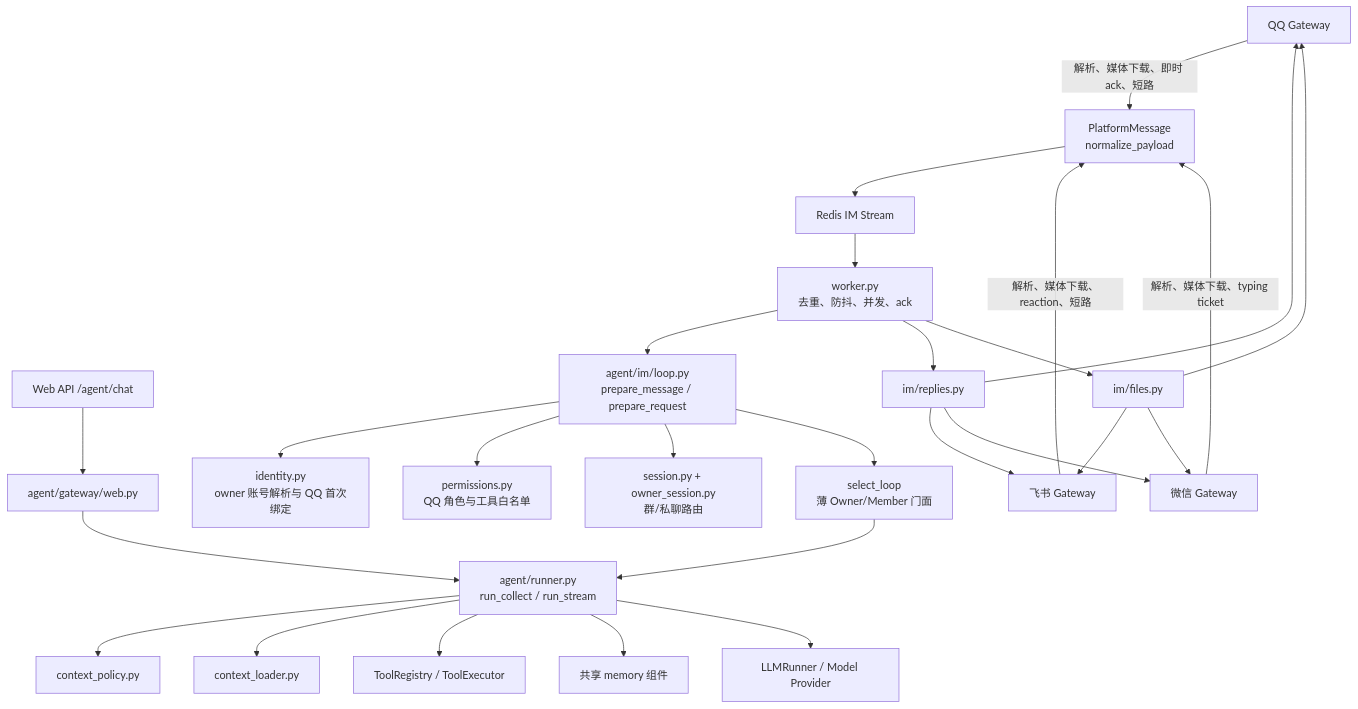
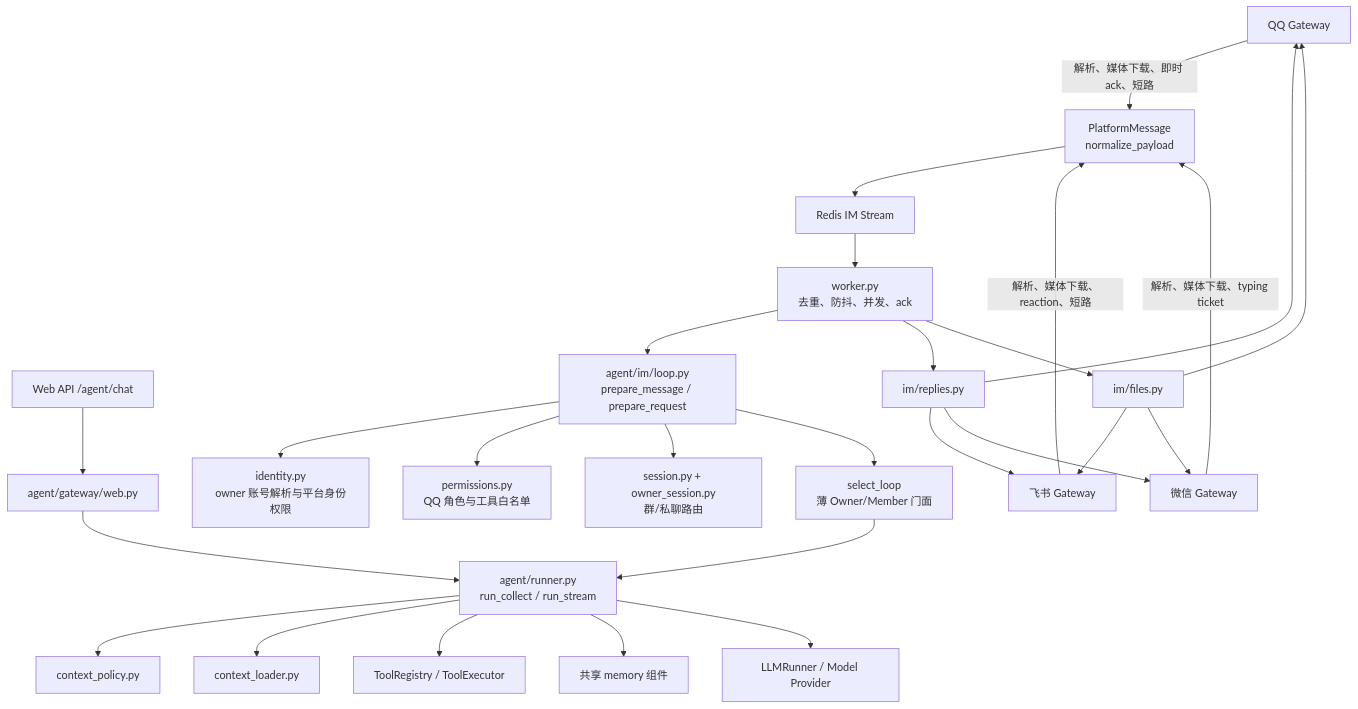
The diagram in docs/product/PRD/PRD-IM-2-im-loop与gateway解耦.md (Coffeiz/Gugu-web), drawn with Mermaid before and after one commit. The commit also changed other lines of this file and 14 other files, not shown here.

````diff
--- a/docs/product/PRD/PRD-IM-2-im-loop与gateway解耦.md
+++ b/docs/product/PRD/PRD-IM-2-im-loop与gateway解耦.md
@@ -27,33 +27,33 @@
 ```mermaid
 flowchart TD
     WEB[Web API /agent/chat] --> WEBADAPTER[agent/gateway/web.py]
     WEBADAPTER --> RUNNER[agent/runner.py\nrun_collect / run_stream]
 
     QQ[QQ Gateway] -->|解析、媒体下载、即时 ack、短路| NORMALIZE[PlatformMessage\nnormalize_payload]
     FS[飞书 Gateway] -->|解析、媒体下载、reaction、短路| NORMALIZE
     WX[微信 Gateway] -->|解析、媒体下载、typing ticket| NORMALIZE
     NORMALIZE --> REDIS[Redis IM Stream]
     REDIS --> WORKER[worker.py\n去重、防抖、并发、ack]
 
     WORKER --> PREP[agent/im/loop.py\nprepare_message / prepare_request]
-    PREP --> ID[identity.py\nowner 账号解析与 QQ 首次绑定]
+    PREP --> ID[identity.py\nowner 账号解析与平台身份权限]
     PREP --> ACCESS[permissions.py\nQQ 角色与工具白名单]
     PREP --> SESSION[session.py + owner_session.py\n群/私聊路由]
     PREP --> SELECT[select_loop\n薄 Owner/Member 门面]
     SELECT --> RUNNER
 
     RUNNER --> POLICY[context_policy.py]
     RUNNER --> LOADER[context_loader.py]
     RUNNER --> TOOLS[ToolRegistry / ToolExecutor]
     RUNNER --> MEMORY[共享 memory 组件]
     RUNNER --> MODEL[LLMRunner / Model Provider]
 
     WORKER --> REPLIES[im/replies.py]
     WORKER --> FILES[im/files.py]
     REPLIES --> QQ
     REPLIES --> FS
     REPLIES --> WX
     FILES --> QQ
     FILES --> FS
     FILES --> WX
 ```
````
